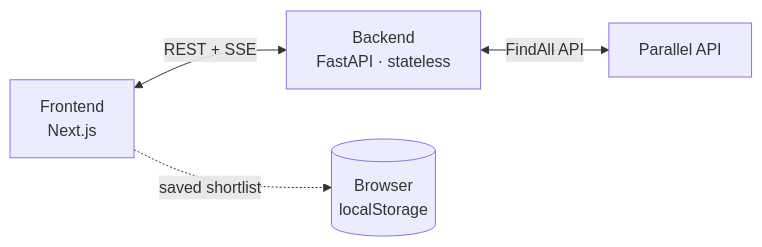
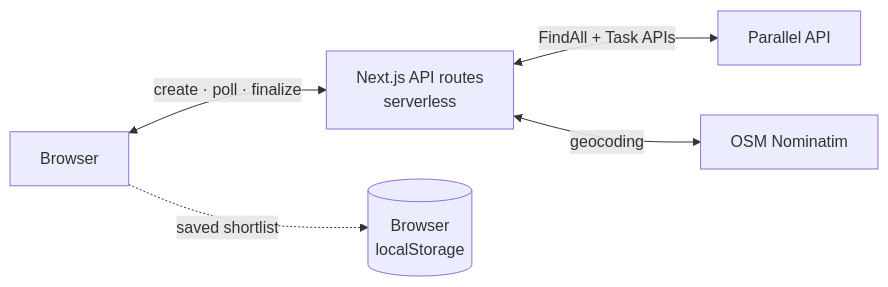
One commit to elijahgjacob/apartment-finder-web changed the diagram in README.md. Above: the diagram before and after it, drawn with Mermaid. The commit also changed other lines of this file and 1 other file, not shown here.

First line of the commit message:
Update README + AGENTS for the single Next.js architecture

````diff
--- a/README.md
+++ b/README.md
@@ -14,6 +13,7 @@
 ```mermaid
 graph LR
-    A[Frontend<br/>Next.js] <-->|REST + SSE| B[Backend<br/>FastAPI · stateless]
-    B <-->|FindAll API| C[Parallel API]
+    A[Browser] <-->|create · poll · finalize| B[Next.js API routes<br/>serverless]
+    B <-->|FindAll + Task APIs| C[Parallel API]
+    B <-->|geocoding| D[OSM Nominatim]
     A -.->|saved shortlist| E[(Browser<br/>localStorage)]
 ```
````
